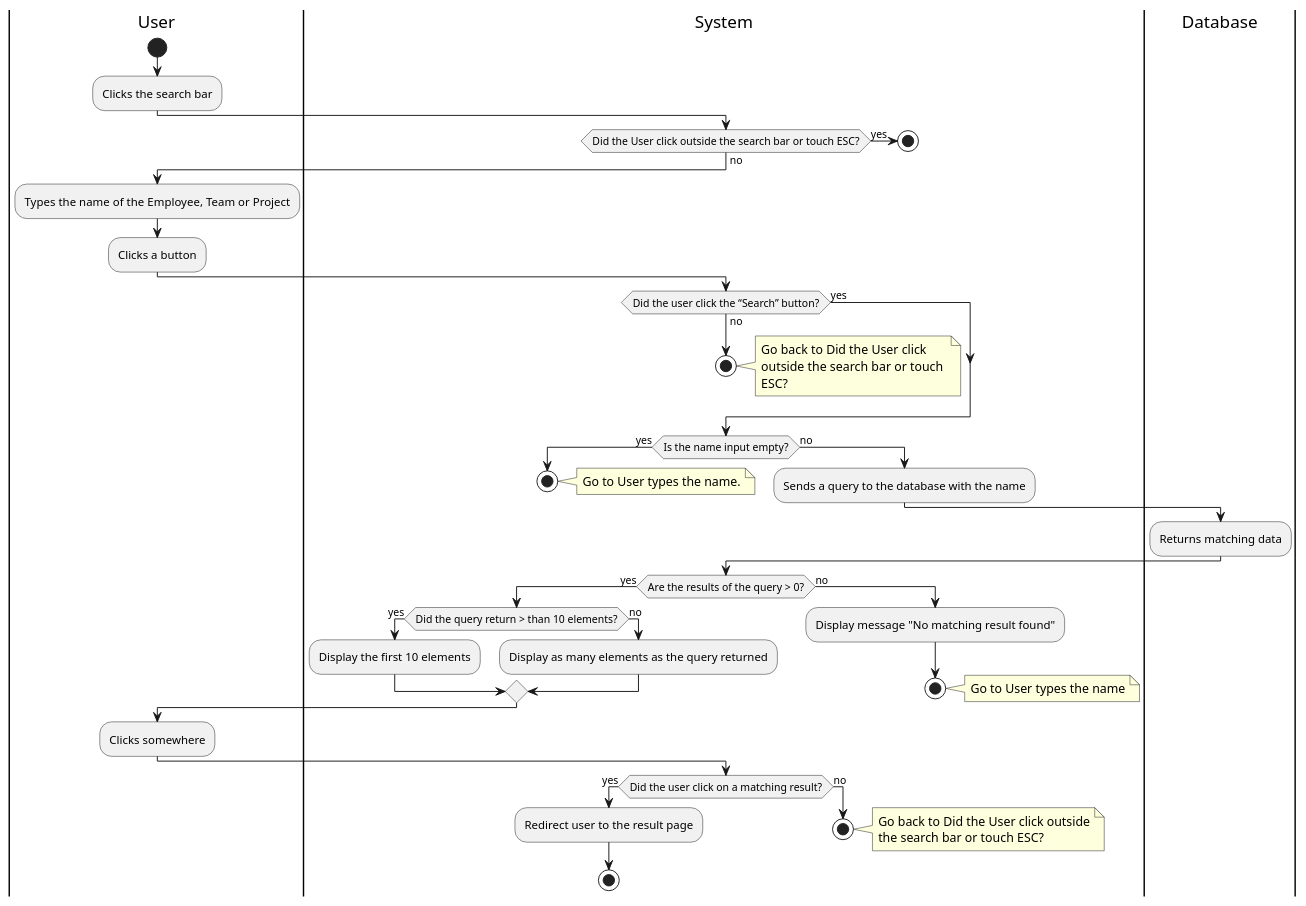
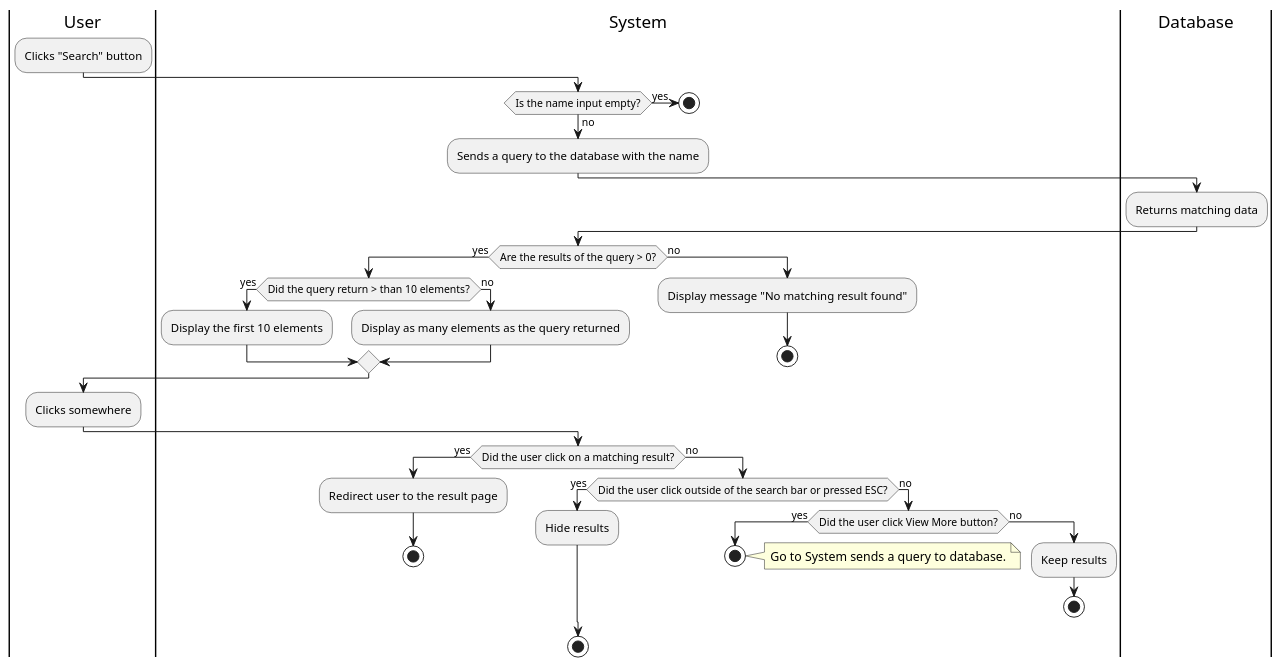
The diagram in documentation/activity_diagrams/HS-01-ActivityDiagram.puml (Berthou05/LimboSoftwareDevelopment_Change.org), drawn with PlantUML before and after one commit. The commit also changed 1 other file, not shown here.

Commit message:
[DOCS]: Modification of HS-01 Activity and Sequence Diagram

```diff
--- a/documentation/activity_diagrams/HS-01-ActivityDiagram.puml
+++ b/documentation/activity_diagrams/HS-01-ActivityDiagram.puml
@@ -1,69 +1,52 @@
 @startuml
 
 |User|
-start
-:Clicks the search bar;
-|System|
-if(Did the User click outside the search bar or touch ESC?) is (yes) then
-    stop
-else(no)
-end if
+:Clicks "Search" button;
 
-|User|
-:Types the name of the Employee, Team or Project;
-:Clicks a button;
-|System|
-if(Did the user click the “Search” button?) is (yes) then
-    
-else(no)
-    stop
-    note right
-        Go back to Did the User click 
-        outside the search bar or touch 
-        ESC?
-    end note
-end if
 |System|
 if(Is the name input empty?) is (yes) then
     stop
-    note right
-        Go to User types the name.
-    end note
 else(no)
     |System|
     :Sends a query to the database with the name;
 end if
 |Database|
 :Returns matching data;
 |System|
 if(Are the results of the query > 0?) is (yes) then
     if(Did the query return > than 10 elements?) is(yes) then
         :Display the first 10 elements;
     else(no)
         :Display as many elements as the query returned;    
     end if
 else(no)
 :Display message "No matching result found";
 stop
-note right
-    Go to User types the name
-end note
 end if
 
 |User|
 :Clicks somewhere;
 
 |System|
 if(Did the user click on a matching result?) is (yes) then
     :Redirect user to the result page;
     stop
 else (no)
+    if(Did the user click outside of the search bar or pressed ESC?) is (yes) then
+        :Hide results;
+    else(no)
+        if(Did the user click View More button?) is (yes) then
+            stop
+            note right
+            Go to System sends a query to database.
+            end note
+        else(no)
+            :Keep results;
+            stop
+        end if
+    end if
+end if
 stop
-note right
-    Go back to Did the User click outside
-    the search bar or touch ESC?
-end note
-end if
 
 
 @enduml
```
